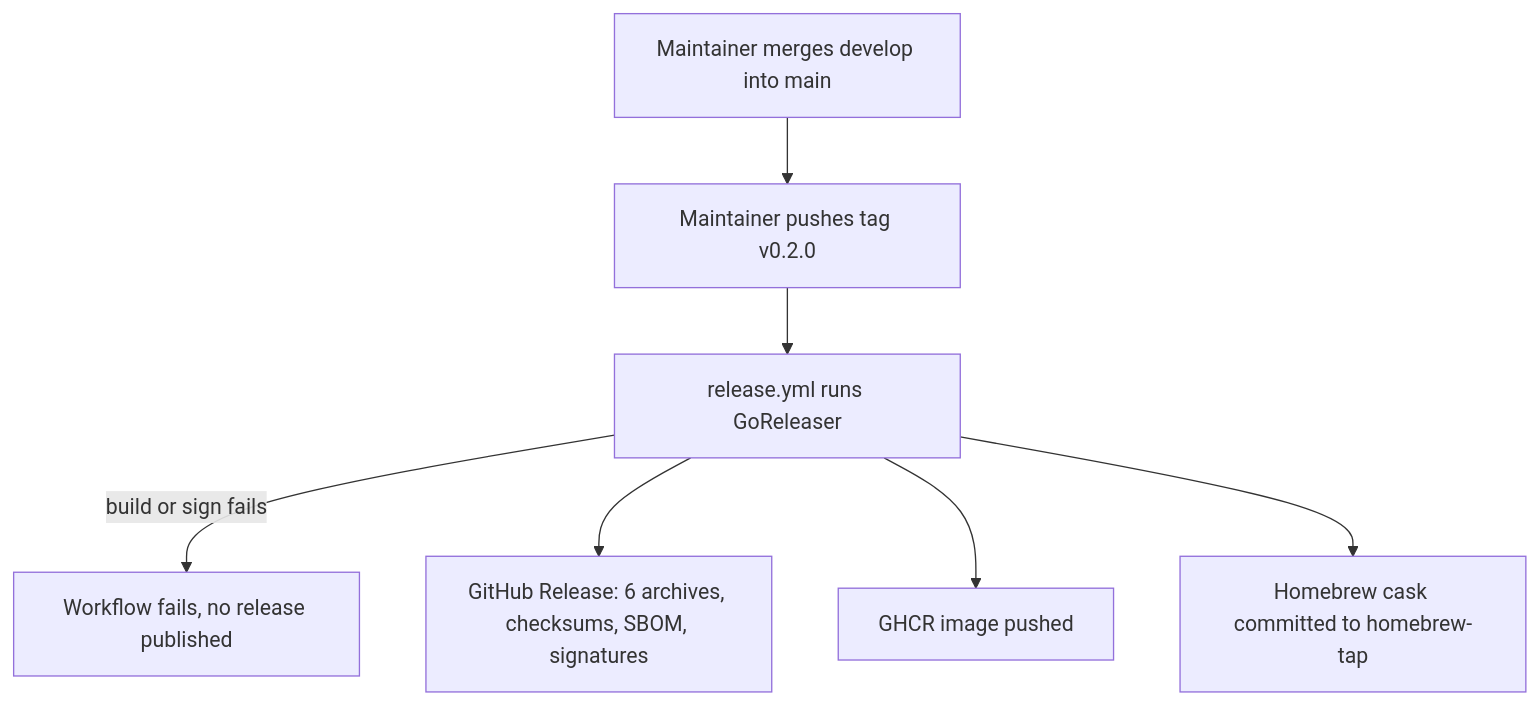
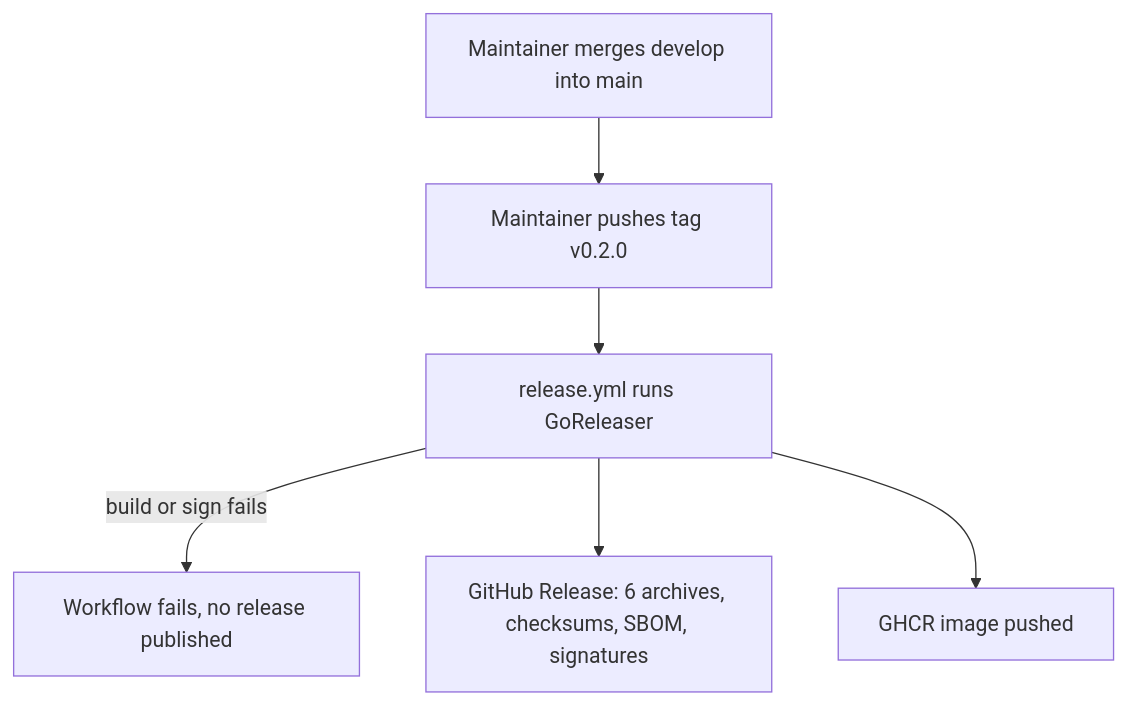
The second of 2 diagrams in docs/specs/features/00-foundation.md (Crank-Git/ATAKMapDownloader), drawn with Mermaid before and after one commit. The commit also changed other lines of this file and 5 other files, not shown here.

First line of the commit message:
Remove the Homebrew tap from the release plan

````diff
--- a/docs/specs/features/00-foundation.md
+++ b/docs/specs/features/00-foundation.md
@@ -96,9 +94,8 @@
 ```mermaid
 flowchart TD
   A[Maintainer merges develop into main] --> B[Maintainer pushes tag v0.2.0]
   B --> C[release.yml runs GoReleaser]
   C -->|build or sign fails| X[Workflow fails, no release published]
   C --> D[GitHub Release: 6 archives, checksums, SBOM, signatures]
   C --> E[GHCR image pushed]
-  C --> F[Homebrew cask committed to homebrew-tap]
 ```
````
